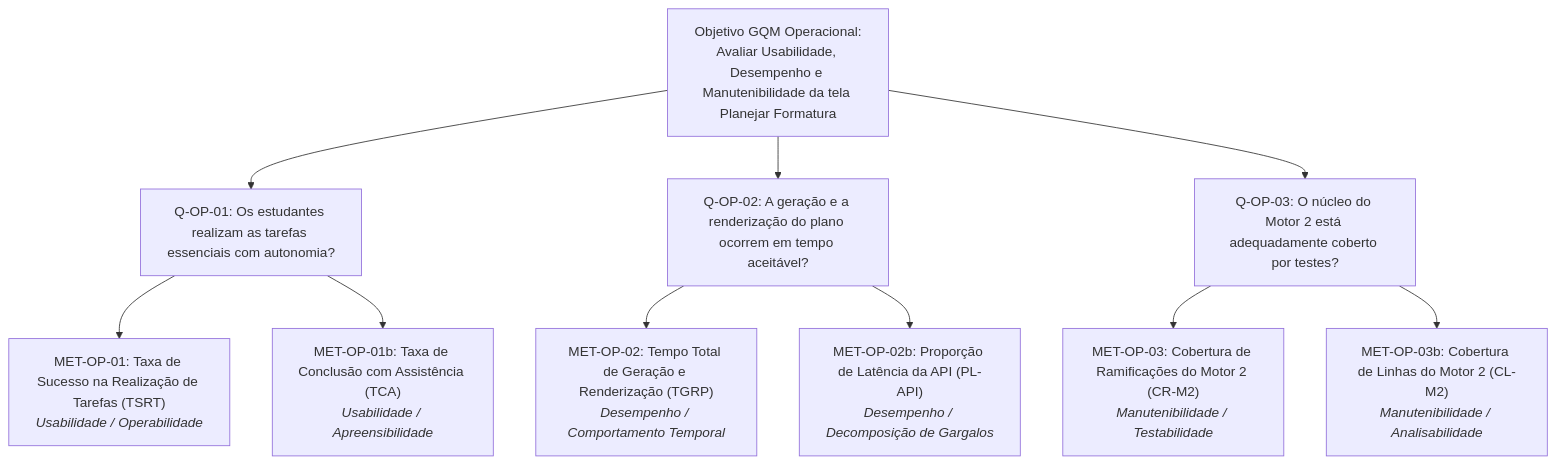
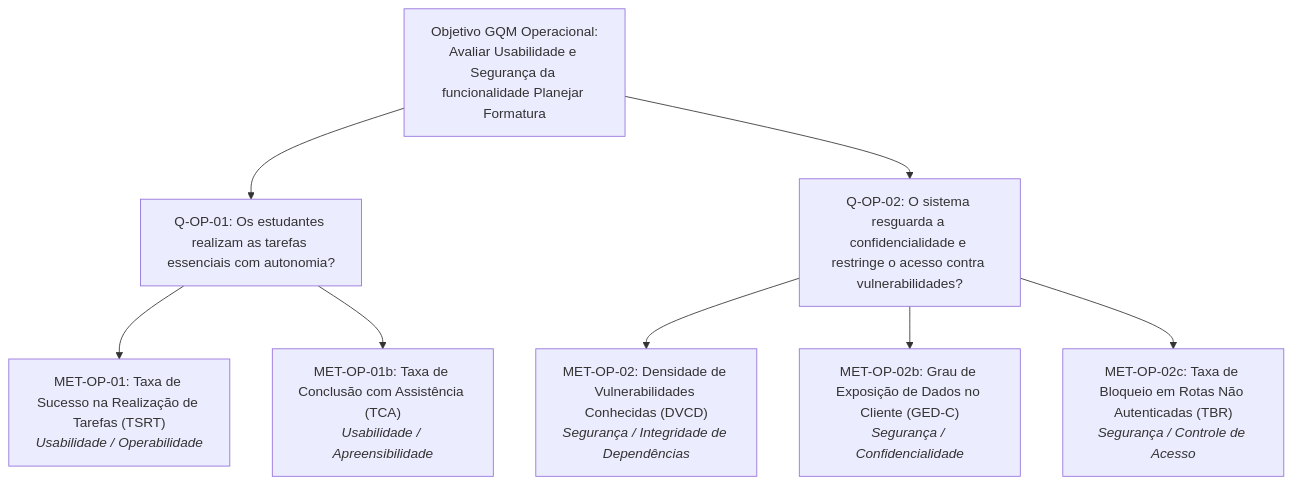
The first of 2 diagrams in docs/fases/fase2/operacionais/visaoGeral.md (FCTE-Qualidade-de-Software-1/2026-2_T02_JEAN_SAMMET), drawn with Mermaid before and after one commit. The commit also changed other lines of this file and 10 other files, not shown here.

Commit message:
docs: ajuste de escopo e métricas para Adequação Funcional, Usabilidade e Segurança

````diff
--- a/docs/fases/fase2/operacionais/visaoGeral.md
+++ b/docs/fases/fase2/operacionais/visaoGeral.md
@@ -59,17 +57,14 @@
 ```mermaid
 graph TD
-    Goal["Objetivo GQM Operacional:<br/>Avaliar Usabilidade, Desempenho e Manutenibilidade da tela Planejar Formatura"]
+    Goal["Objetivo GQM Operacional:<br/>Avaliar Usabilidade e Segurança da funcionalidade Planejar Formatura"]
 
     Goal --> Q1["Q-OP-01: Os estudantes realizam as tarefas essenciais com autonomia?"]
-    Goal --> Q2["Q-OP-02: A geração e a renderização do plano ocorrem em tempo aceitável?"]
-    Goal --> Q3["Q-OP-03: O núcleo do Motor 2 está adequadamente coberto por testes?"]
+    Goal --> Q2["Q-OP-02: O sistema resguarda a confidencialidade e restringe o acesso contra vulnerabilidades?"]
 
     Q1 --> M1["MET-OP-01: Taxa de Sucesso na Realização de Tarefas (TSRT)<br/><i>Usabilidade / Operabilidade</i>"]
     Q1 --> M1b["MET-OP-01b: Taxa de Conclusão com Assistência (TCA)<br/><i>Usabilidade / Apreensibilidade</i>"]
 
-    Q2 --> M2["MET-OP-02: Tempo Total de Geração e Renderização (TGRP)<br/><i>Desempenho / Comportamento Temporal</i>"]
-    Q2 --> M2b["MET-OP-02b: Proporção de Latência da API (PL-API)<br/><i>Desempenho / Decomposição de Gargalos</i>"]
-
-    Q3 --> M3["MET-OP-03: Cobertura de Ramificações do Motor 2 (CR-M2)<br/><i>Manutenibilidade / Testabilidade</i>"]
-    Q3 --> M3b["MET-OP-03b: Cobertura de Linhas do Motor 2 (CL-M2)<br/><i>Manutenibilidade / Analisabilidade</i>"]
+    Q2 --> M2["MET-OP-02: Densidade de Vulnerabilidades Conhecidas (DVCD)<br/><i>Segurança / Integridade de Dependências</i>"]
+    Q2 --> M2b["MET-OP-02b: Grau de Exposição de Dados no Cliente (GED-C)<br/><i>Segurança / Confidencialidade</i>"]
+    Q2 --> M2c["MET-OP-02c: Taxa de Bloqueio em Rotas Não Autenticadas (TBR)<br/><i>Segurança / Controle de Acesso</i>"]
 ```
````
